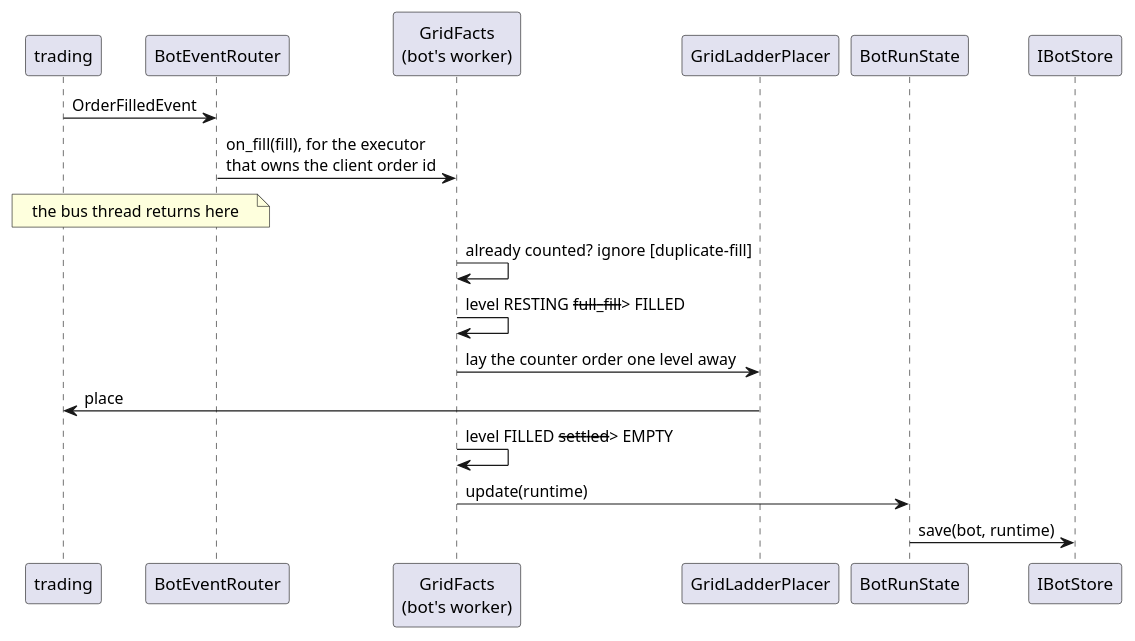
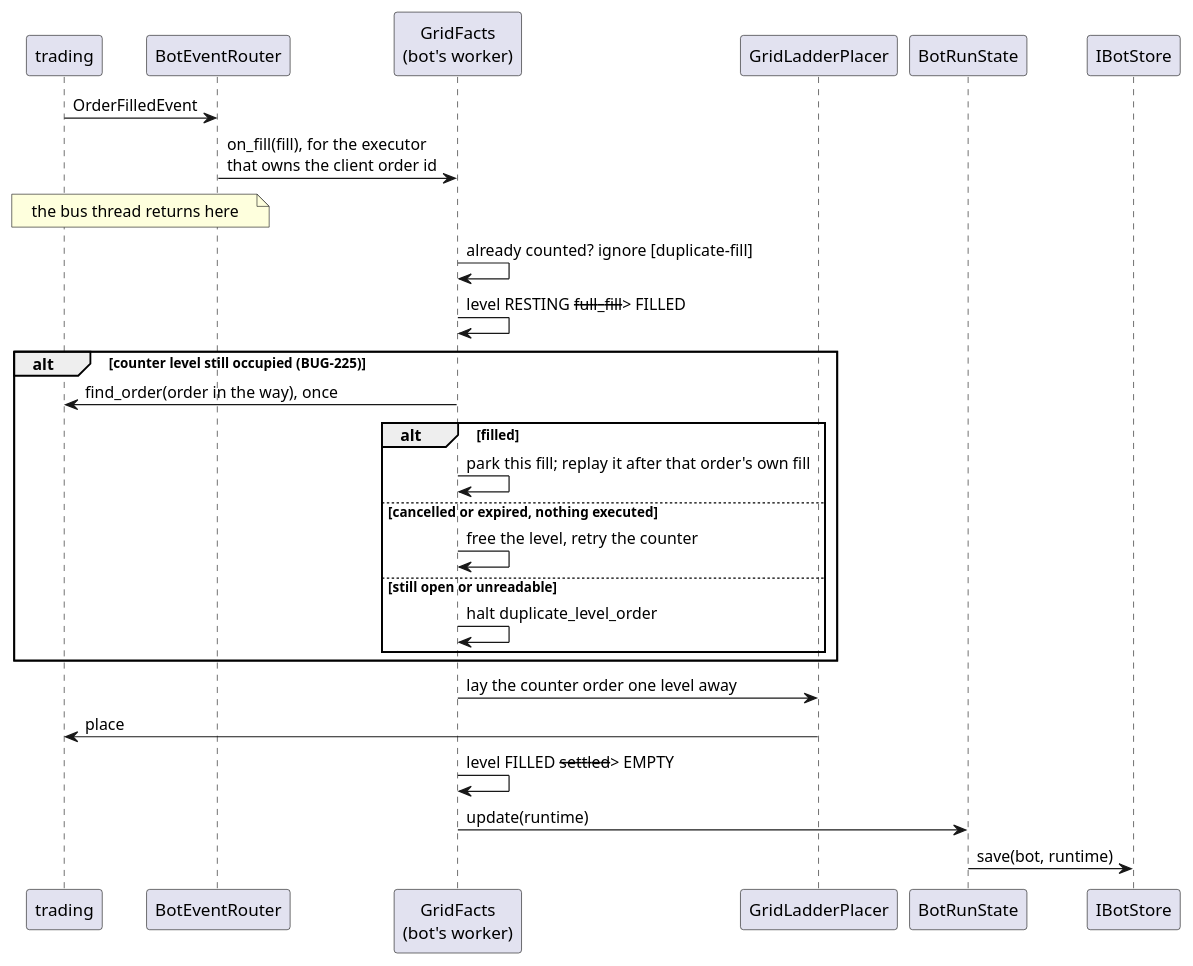
One commit to anhembedded/Sagittarius_Elite_Warrior changed the diagram in Docs/MODULES/bots/diagrams/06-fill.puml. Above: the diagram before and after it, drawn with PlantUML. The commit also changed 9 other files, not shown here.

```diff
--- a/Docs/MODULES/bots/diagrams/06-fill.puml
+++ b/Docs/MODULES/bots/diagrams/06-fill.puml
@@ -3,19 +3,29 @@
 @startuml 06-fill
 participant trading as T
 participant BotEventRouter as RT
 participant "GridFacts\n(bot's worker)" as F
 participant GridLadderPlacer as L
 participant BotRunState as S
 participant IBotStore as ST
 
 T -> RT : OrderFilledEvent
 RT -> F : on_fill(fill), for the executor\nthat owns the client order id
 note over T, RT : the bus thread returns here
 F -> F : already counted? ignore [duplicate-fill]
 F -> F : level RESTING --full_fill--> FILLED
+alt counter level still occupied (BUG-225)
+  F -> T : find_order(order in the way), once
+  alt filled
+    F -> F : park this fill; replay it after that order's own fill
+  else cancelled or expired, nothing executed
+    F -> F : free the level, retry the counter
+  else still open or unreadable
+    F -> F : halt duplicate_level_order
+  end
+end
 F -> L : lay the counter order one level away
 L -> T : place
 F -> F : level FILLED --settled--> EMPTY
 F -> S : update(runtime)
 S -> ST : save(bot, runtime)
 @enduml
```
